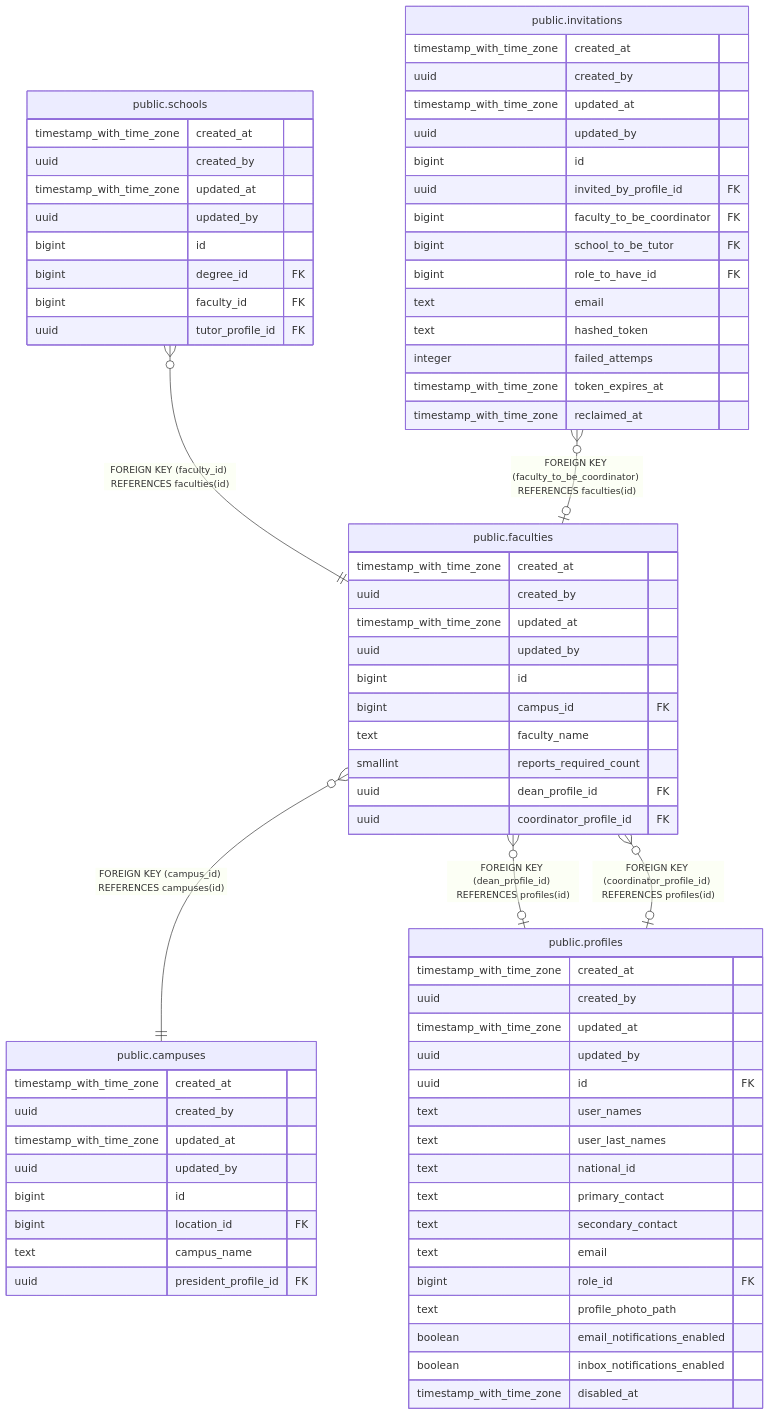
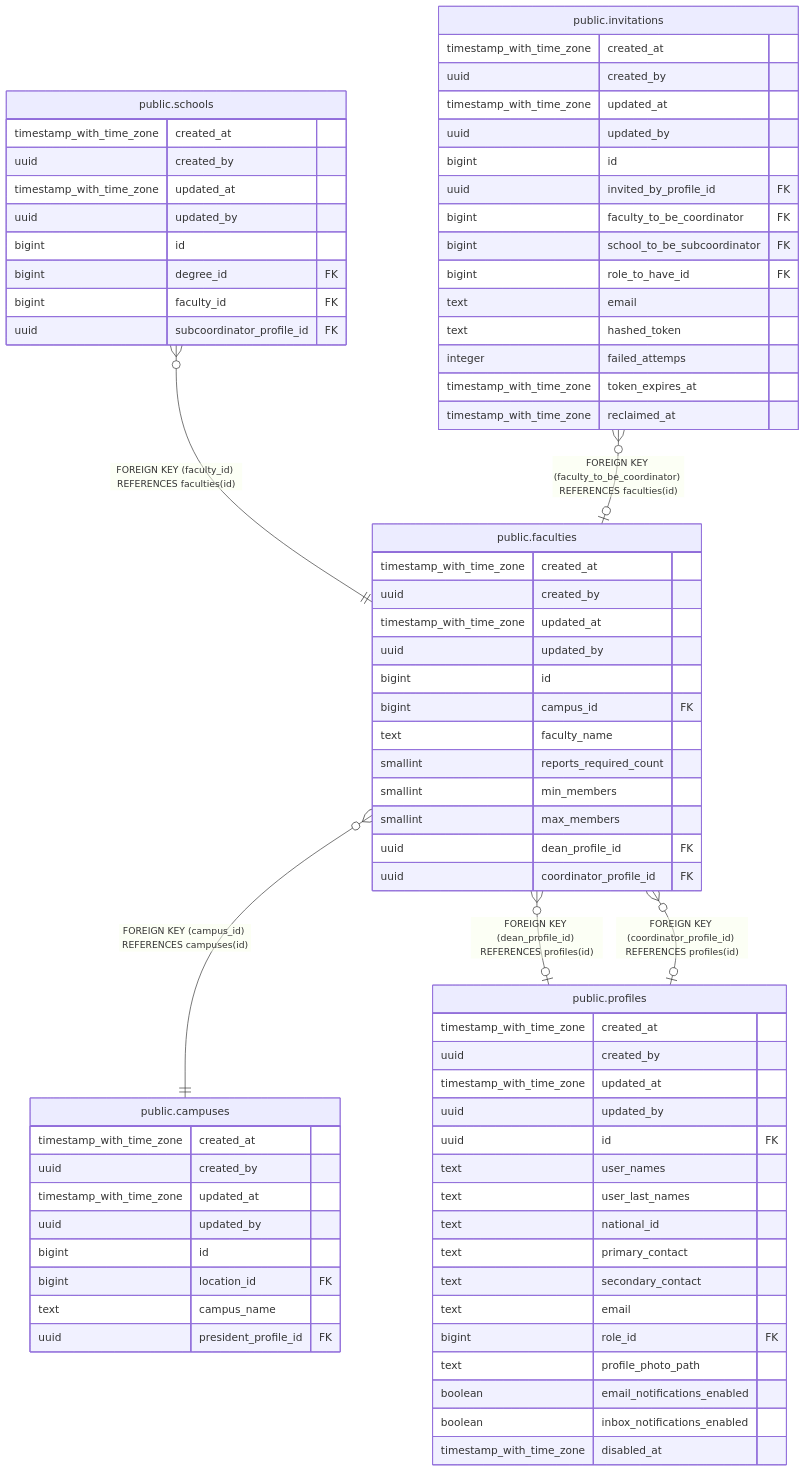
The diagram in docs/db/tbls/public.faculties.md (icristianhernandez/academic-service-backend), drawn with Mermaid before and after one commit. The commit also changed other lines of this file and 15 other files, not shown here.

````diff
--- a/docs/db/tbls/public.faculties.md
+++ b/docs/db/tbls/public.faculties.md
@@ -47,76 +52,78 @@
 ```mermaid
 erDiagram
 
 "public.schools" }o--|| "public.faculties" : "FOREIGN KEY (faculty_id) REFERENCES faculties(id)"
 "public.invitations" }o--o| "public.faculties" : "FOREIGN KEY (faculty_to_be_coordinator) REFERENCES faculties(id)"
 "public.faculties" }o--|| "public.campuses" : "FOREIGN KEY (campus_id) REFERENCES campuses(id)"
 "public.faculties" }o--o| "public.profiles" : "FOREIGN KEY (dean_profile_id) REFERENCES profiles(id)"
 "public.faculties" }o--o| "public.profiles" : "FOREIGN KEY (coordinator_profile_id) REFERENCES profiles(id)"
 
 "public.faculties" {
   timestamp_with_time_zone created_at ""
   uuid created_by ""
   timestamp_with_time_zone updated_at ""
   uuid updated_by ""
   bigint id ""
   bigint campus_id FK ""
   text faculty_name ""
   smallint reports_required_count ""
+  smallint min_members ""
+  smallint max_members ""
   uuid dean_profile_id FK ""
   uuid coordinator_profile_id FK ""
 }
 "public.schools" {
   timestamp_with_time_zone created_at ""
   uuid created_by ""
   timestamp_with_time_zone updated_at ""
   uuid updated_by ""
   bigint id ""
   bigint degree_id FK ""
   bigint faculty_id FK ""
-  uuid tutor_profile_id FK ""
+  uuid subcoordinator_profile_id FK ""
 }
 "public.invitations" {
   timestamp_with_time_zone created_at ""
   uuid created_by ""
   timestamp_with_time_zone updated_at ""
   uuid updated_by ""
   bigint id ""
   uuid invited_by_profile_id FK ""
   bigint faculty_to_be_coordinator FK ""
-  bigint school_to_be_tutor FK ""
+  bigint school_to_be_subcoordinator FK ""
   bigint role_to_have_id FK ""
   text email ""
   text hashed_token ""
   integer failed_attemps ""
   timestamp_with_time_zone token_expires_at ""
   timestamp_with_time_zone reclaimed_at ""
 }
 "public.campuses" {
   timestamp_with_time_zone created_at ""
   uuid created_by ""
   timestamp_with_time_zone updated_at ""
   uuid updated_by ""
   bigint id ""
   bigint location_id FK ""
   text campus_name ""
   uuid president_profile_id FK ""
 }
 "public.profiles" {
   timestamp_with_time_zone created_at ""
   uuid created_by ""
   timestamp_with_time_zone updated_at ""
   uuid updated_by ""
   uuid id FK ""
   text user_names ""
   text user_last_names ""
   text national_id ""
   text primary_contact ""
   text secondary_contact ""
   text email ""
   bigint role_id FK ""
   text profile_photo_path ""
   boolean email_notifications_enabled ""
   boolean inbox_notifications_enabled ""
   timestamp_with_time_zone disabled_at ""
 }
 ```
````
